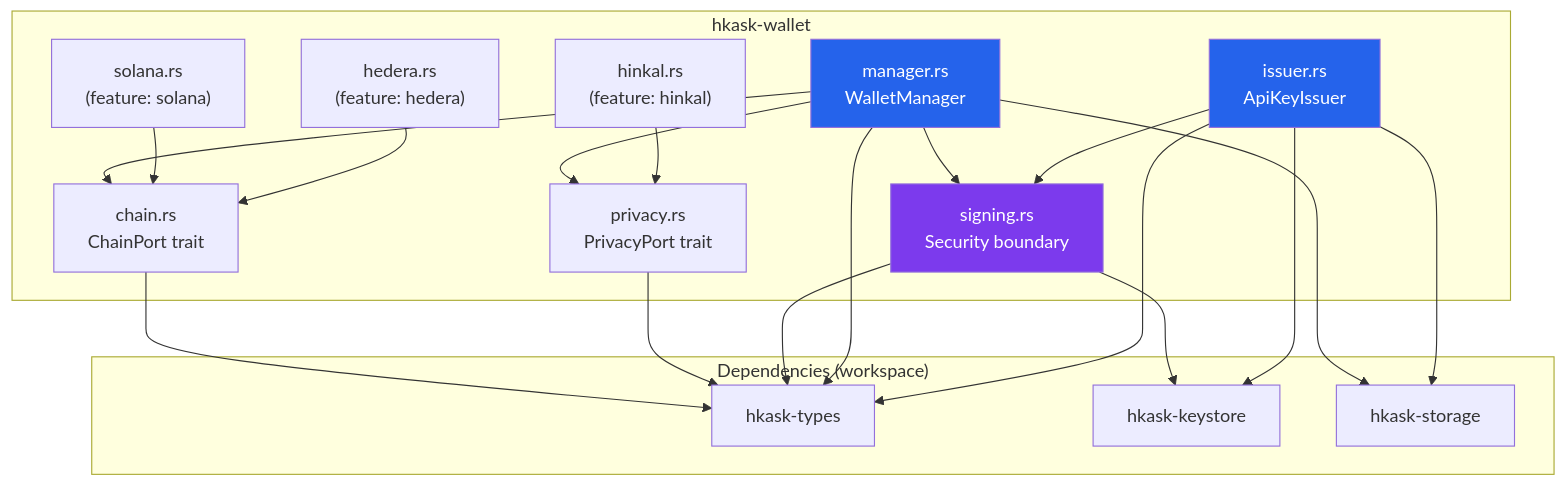
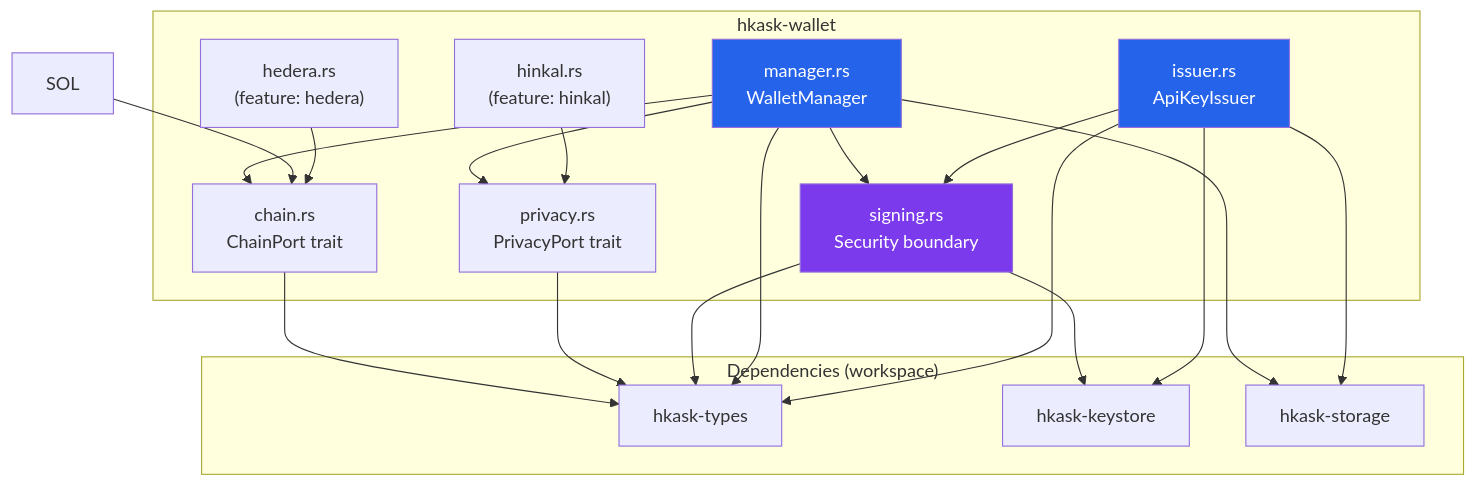
The first of 6 diagrams in docs/specifications/specs/wallet-specification.md (mdz-axo/hKask), drawn with Mermaid before and after one commit. The commit also changed other lines of this file and 41 other files, not shown here.

````diff
--- a/docs/specifications/specs/wallet-specification.md
+++ b/docs/specifications/specs/wallet-specification.md
@@ -76,40 +75,39 @@
 ```mermaid
 graph TD
     subgraph "hkask-wallet"
         CHAIN["chain.rs<br/>ChainPort trait"]
         PRIV["privacy.rs<br/>PrivacyPort trait"]
         SIGN["signing.rs<br/>Security boundary"]
         MGR["manager.rs<br/>WalletManager"]
         ISS["issuer.rs<br/>ApiKeyIssuer"]
-        SOL["solana.rs<br/>(feature: solana)"]
         HED["hedera.rs<br/>(feature: hedera)"]
         HINK["hinkal.rs<br/>(feature: hinkal)"]
     end
 
     subgraph "Dependencies (workspace)"
         TYPES["hkask-types"]
         KS["hkask-keystore"]
         STORE["hkask-storage"]
     end
 
     CHAIN --> TYPES
     PRIV --> TYPES
     SIGN --> KS
     SIGN --> TYPES
     MGR --> CHAIN
     MGR --> PRIV
     MGR --> SIGN
     MGR --> STORE
     MGR --> TYPES
     ISS --> SIGN
     ISS --> STORE
     ISS --> KS
     ISS --> TYPES
     SOL --> CHAIN
     HED --> CHAIN
     HINK --> PRIV
 
     style SIGN fill:#7c3aed,color:#fff
     style MGR fill:#2563eb,color:#fff
     style ISS fill:#2563eb,color:#fff
 ```
````
